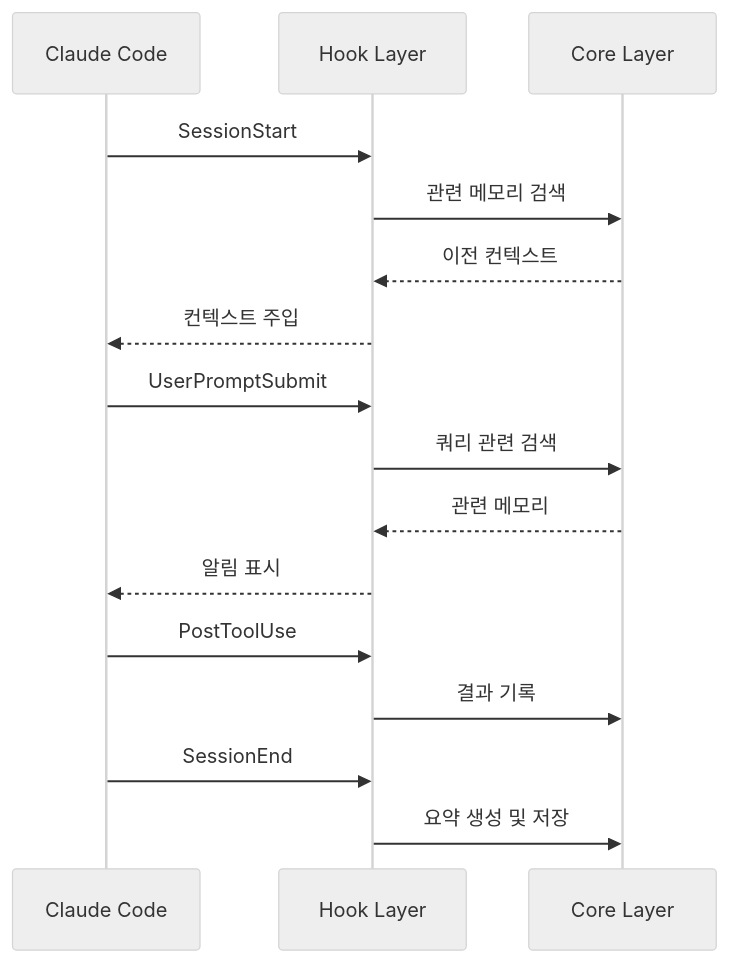
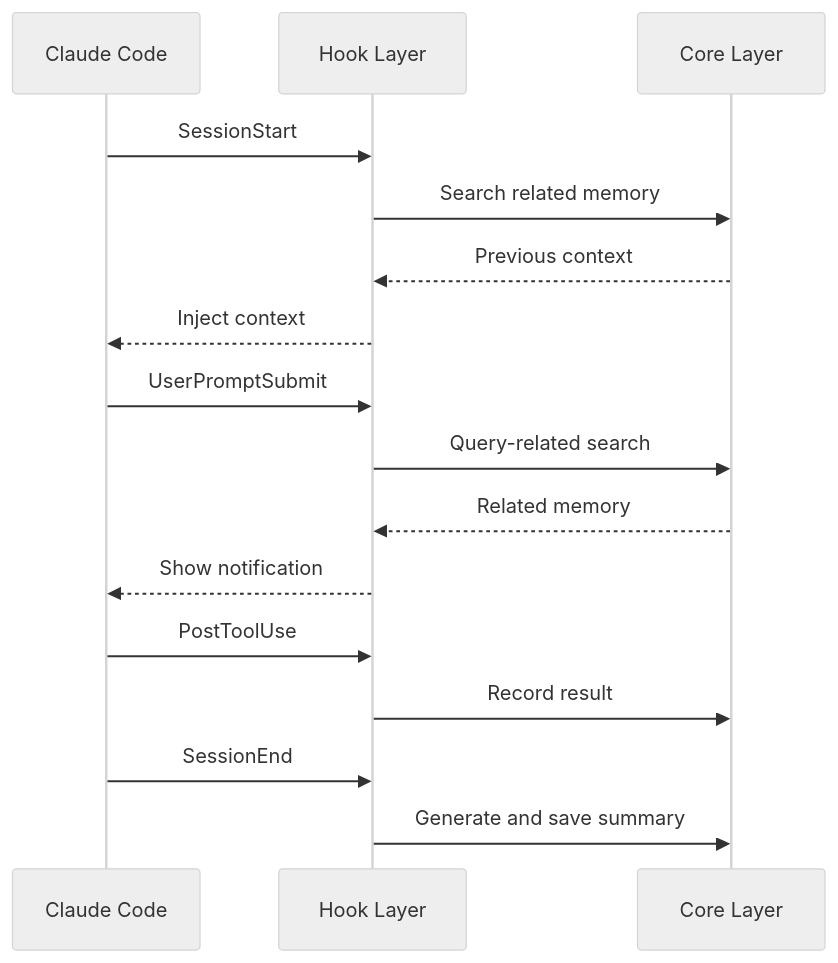
The diagram in docs/design/hook-layer.md (yeochul-jeon/ralph-mem), drawn with Mermaid (neutral theme) before and after one commit. The commit also changed other lines of this file and 26 other files, not shown here.

````diff
--- a/docs/design/hook-layer.md
+++ b/docs/design/hook-layer.md
@@ -10,22 +12,22 @@
 ```mermaid
 sequenceDiagram
     participant CC as Claude Code
     participant Hook as Hook Layer
     participant Core as Core Layer
 
     CC->>Hook: SessionStart
-    Hook->>Core: 관련 메모리 검색
-    Core-->>Hook: 이전 컨텍스트
-    Hook-->>CC: 컨텍스트 주입
+    Hook->>Core: Search related memory
+    Core-->>Hook: Previous context
+    Hook-->>CC: Inject context
 
     CC->>Hook: UserPromptSubmit
-    Hook->>Core: 쿼리 관련 검색
-    Core-->>Hook: 관련 메모리
-    Hook-->>CC: 알림 표시
+    Hook->>Core: Query-related search
+    Core-->>Hook: Related memory
+    Hook-->>CC: Show notification
 
     CC->>Hook: PostToolUse
-    Hook->>Core: 결과 기록
+    Hook->>Core: Record result
 
     CC->>Hook: SessionEnd
-    Hook->>Core: 요약 생성 및 저장
+    Hook->>Core: Generate and save summary
 ```
````
